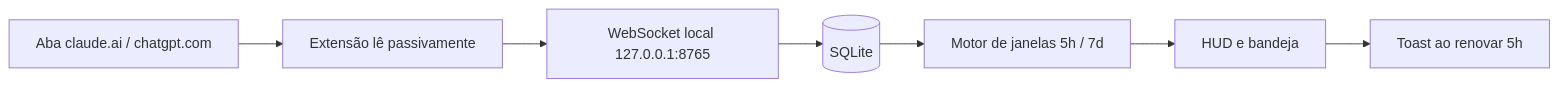
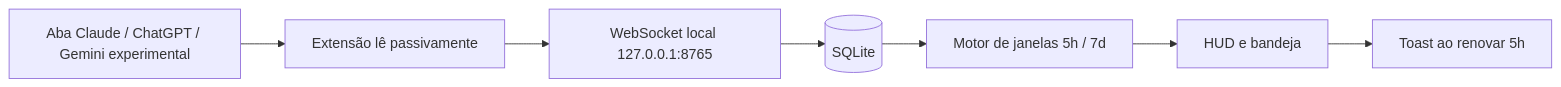
Before and after one commit to dtdias/neural-meter: the first of 3 diagrams in README.md, drawn with Mermaid. The commit also changed other lines of this file and 32 other files, not shown here.

````diff
--- a/README.md
+++ b/README.md
@@ -56,9 +58,9 @@
 ```mermaid
 flowchart LR
-  A["Aba claude.ai / chatgpt.com"] --> B["Extensão lê passivamente"]
+  A["Aba Claude / ChatGPT / Gemini experimental"] --> B["Extensão lê passivamente"]
   B --> C["WebSocket local 127.0.0.1:8765"]
   C --> D[("SQLite")]
   D --> E["Motor de janelas 5h / 7d"]
   E --> F["HUD e bandeja"]
   F --> G["Toast ao renovar 5h"]
 ```
````
